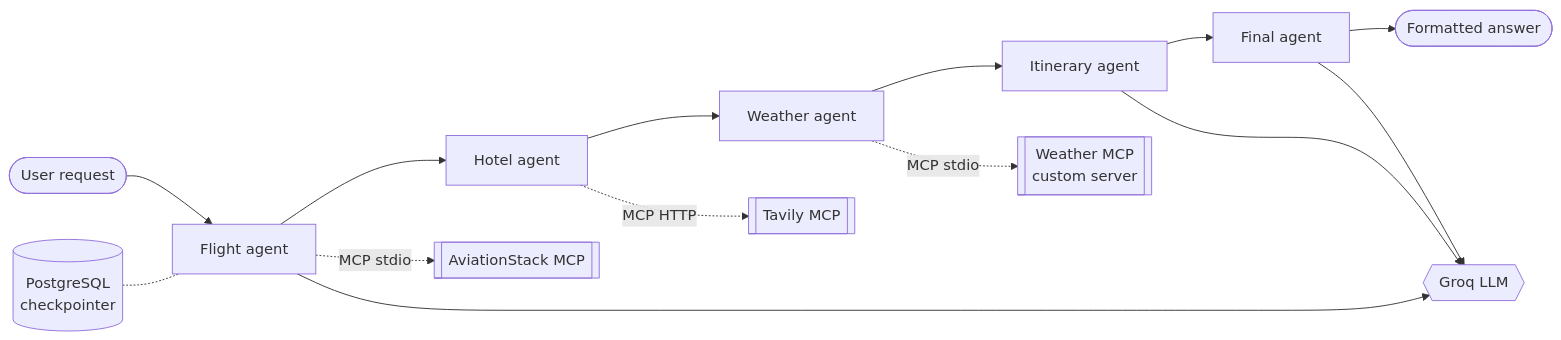
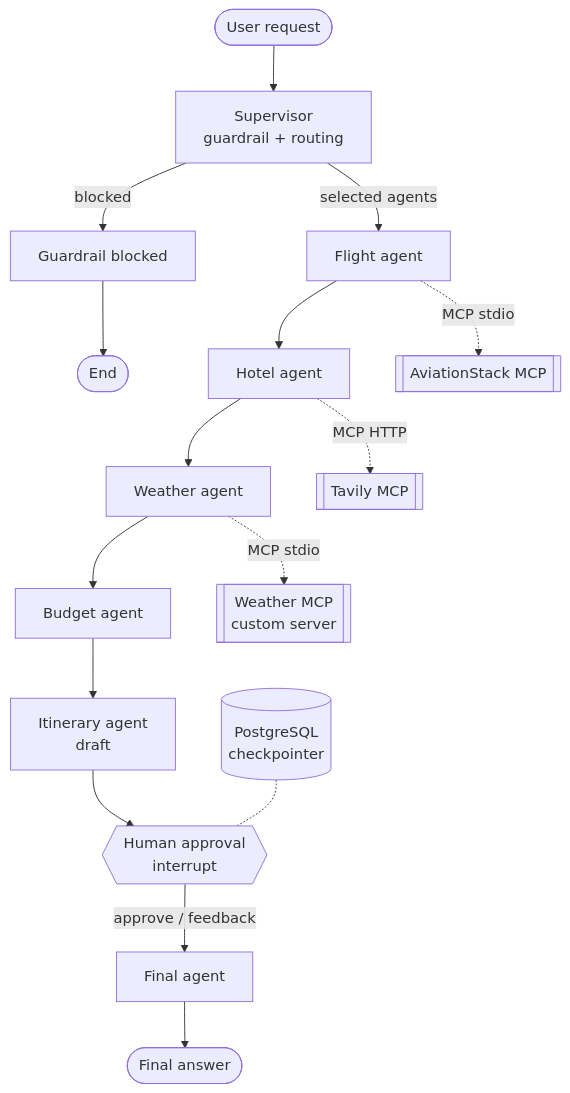
Before and after one commit to MamitianaRak/TripeMate-AI-A-Multi-Agent-Travel-Planner: the diagram in README.md, drawn with Mermaid. The commit also changed other lines of this file and 6 other files, not shown here.

Commit message:
guardrail, HITL and supervisor added

````diff
--- a/README.md
+++ b/README.md
@@ -56,18 +63,19 @@
 ```mermaid
-flowchart LR
-    U([User request]) --> F[Flight agent]
+flowchart TD
+    U([User request]) --> S[Supervisor<br/>guardrail + routing]
+    S -- blocked --> B[Guardrail blocked] --> E1([End])
+    S -- selected agents --> F[Flight agent]
     F --> H[Hotel agent]
     H --> W[Weather agent]
-    W --> I[Itinerary agent]
-    I --> R[Final agent]
-    R --> A([Formatted answer])
+    W --> BU[Budget agent]
+    BU --> I[Itinerary agent<br/>draft]
+    I --> HA{{Human approval<br/>interrupt}}
+    HA -- approve / feedback --> R[Final agent]
+    R --> E2([Final answer])
 
     F -. MCP stdio .-> AV[[AviationStack MCP]]
     H -. MCP HTTP .-> TV[[Tavily MCP]]
     W -. MCP stdio .-> WX[[Weather MCP<br/>custom server]]
-    I --> LLM{{Groq LLM}}
-    R --> LLM
-    F --> LLM
 
-    DB[(PostgreSQL<br/>checkpointer)] -.- F
+    DB[(PostgreSQL<br/>checkpointer)] -.- HA
 ```
````
